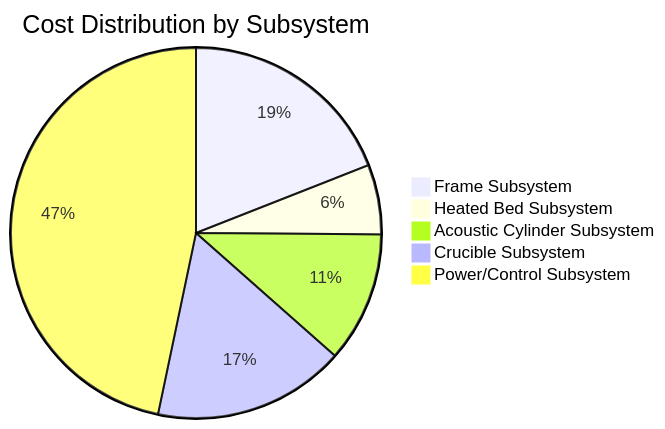
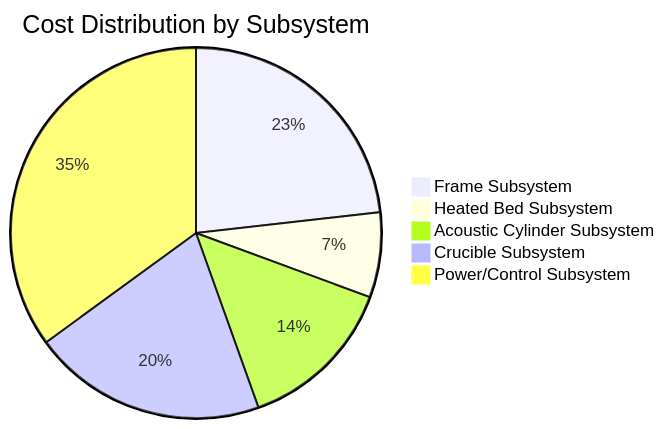
Before and after one commit to jnarwell/drip: the first of 2 diagrams in docs/dashboard.md, drawn with Mermaid. The commit also changed other lines of this file and 10 other files, not shown here.

````diff
--- a/docs/dashboard.md
+++ b/docs/dashboard.md
@@ -48,8 +48,8 @@
 ```mermaid
 pie title Cost Distribution by Subsystem
     "Frame Subsystem" : 4240
     "Heated Bed Subsystem" : 1356
     "Acoustic Cylinder Subsystem" : 2540
     "Crucible Subsystem" : 3735
-    "Power/Control Subsystem" : 10405
+    "Power/Control Subsystem" : 6400
 ```
````
